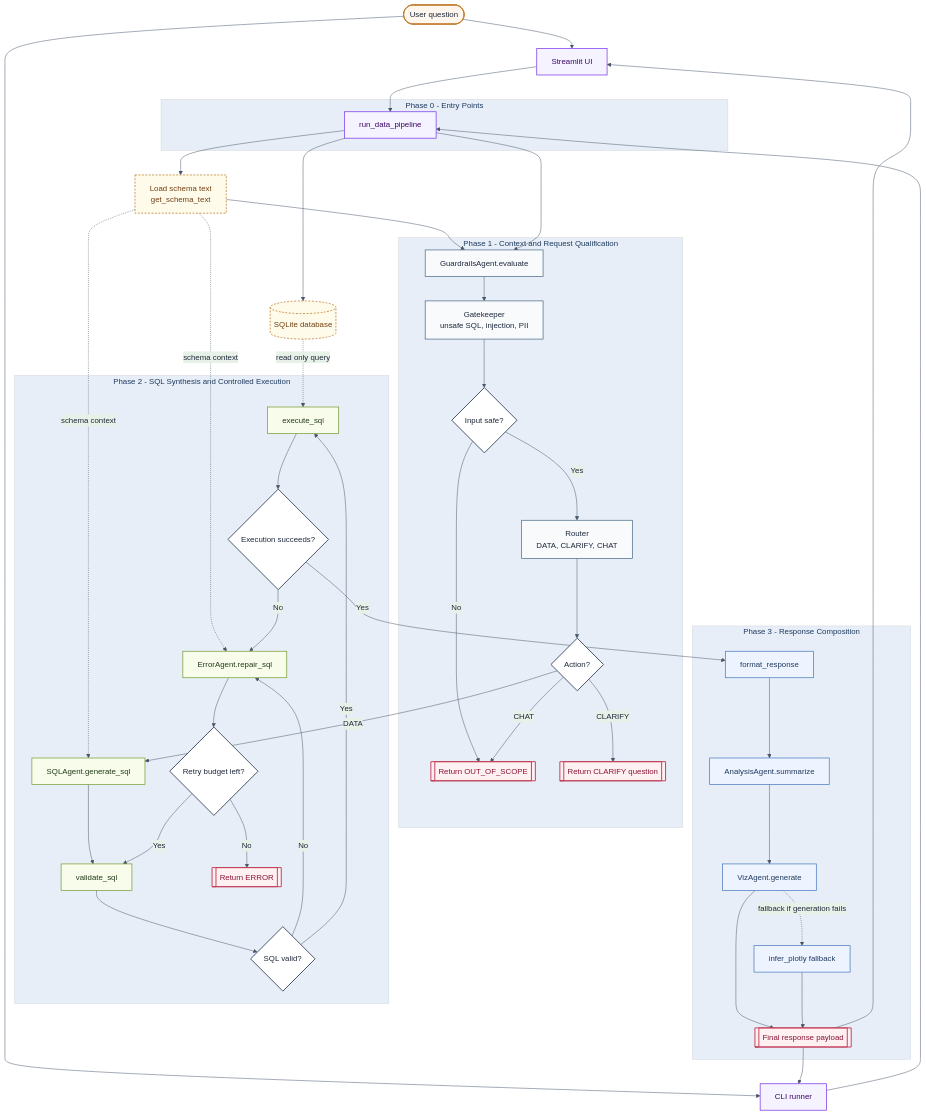
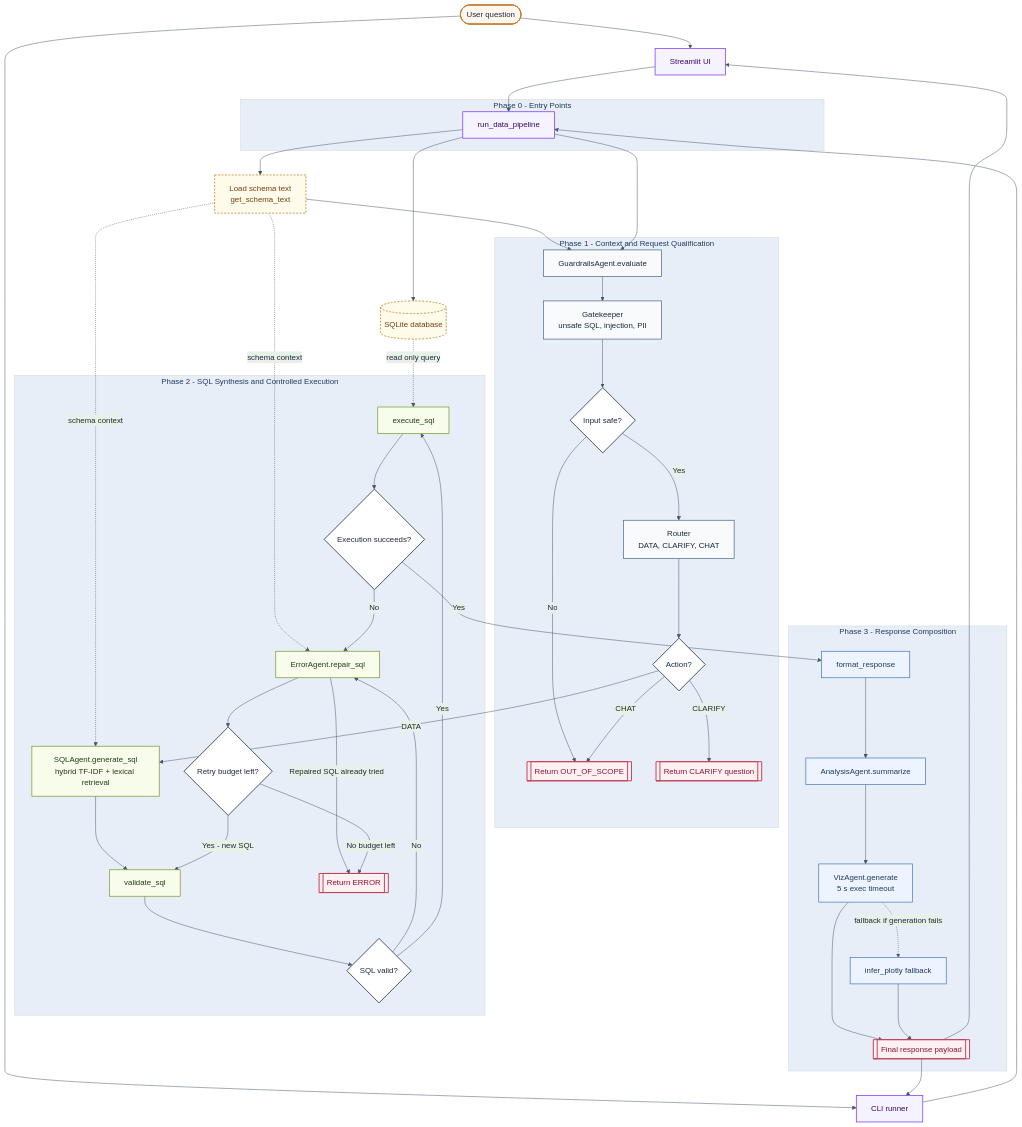
Before and after one commit to rotiv2809/Projet_Statapp: the diagram in docs/diagrams/runtime_flow.mmd, drawn with Mermaid. The commit also changed 16 other files, not shown here.

Commit message:
feat: update guardrails, sql retrieval, pipeline, viz agent, and docs

```diff
--- a/docs/diagrams/runtime_flow.mmd
+++ b/docs/diagrams/runtime_flow.mmd
@@ -1,103 +1,107 @@
 %%{init: {
   'theme': 'base',
   'themeVariables': {
     'fontFamily': 'Trebuchet MS, Verdana, sans-serif',
     'background': '#ffffff',
     'primaryColor': '#F4E7D3',
     'primaryTextColor': '#1E293B',
     'primaryBorderColor': '#C27A2C',
     'lineColor': '#475569',
     'secondaryColor': '#E8F1E8',
     'secondaryTextColor': '#163020',
     'tertiaryColor': '#E7EEF7',
     'tertiaryTextColor': '#1F3A5F'
   }
 }}%%
 
 flowchart TD
     U([User question])
     ST[Streamlit UI]
     CLI[CLI runner]
     DB[(SQLite database)]
     SCHEMA[Load schema text<br/>get_schema_text]
 
     subgraph P0[Phase 0 - Entry Points]
         IN[run_data_pipeline]
     end
 
     subgraph P1[Phase 1 - Context and Request Qualification]
         G[GuardrailsAgent.evaluate]
         GK[Gatekeeper<br/>unsafe SQL, injection, PII]
         DSAFE{Input safe?}
         R[Router<br/>DATA, CLARIFY, CHAT]
         DINTENT{Action?}
         OOS[[Return OUT_OF_SCOPE]]
         CLARIFY[[Return CLARIFY question]]
     end
 
     subgraph P2[Phase 2 - SQL Synthesis and Controlled Execution]
-        SQL[SQLAgent.generate_sql]
+        SQL[SQLAgent.generate_sql
+hybrid TF-IDF + lexical retrieval]
         VAL[validate_sql]
         DVAL{SQL valid?}
         EXEC[execute_sql]
         DEXEC{Execution succeeds?}
         FIX[ErrorAgent.repair_sql]
         DRETRY{Retry budget left?}
         ERR[[Return ERROR]]
     end
 
     subgraph P3[Phase 3 - Response Composition]
         FMT[format_response]
         ANA[AnalysisAgent.summarize]
-        VIZ[VizAgent.generate]
+        VIZ[VizAgent.generate
+5 s exec timeout]
         FB[infer_plotly fallback]
         OUT[[Final response payload]]
     end
 
     U --> ST --> IN
     U --> CLI --> IN
     IN --> DB
     IN --> SCHEMA --> G
     IN --> G
 
     G --> GK --> DSAFE
     DSAFE -->|No| OOS
     DSAFE -->|Yes| R --> DINTENT
 
     DINTENT -->|CHAT| OOS
     DINTENT -->|CLARIFY| CLARIFY
     DINTENT -->|DATA| SQL
 
     SCHEMA -. schema context .-> SQL
     SCHEMA -. schema context .-> FIX
     DB -. read only query .-> EXEC
 
     SQL --> VAL --> DVAL
     DVAL -->|No| FIX --> DRETRY
     DVAL -->|Yes| EXEC --> DEXEC
     DEXEC -->|No| FIX
     DEXEC -->|Yes| FMT --> ANA --> VIZ --> OUT
 
-    DRETRY -->|Yes| VAL
-    DRETRY -->|No| ERR
+    FIX -->|Repaired SQL already tried| ERR
+
+    DRETRY -->|Yes - new SQL| VAL
+    DRETRY -->|No budget left| ERR
     VIZ -. fallback if generation fails .-> FB --> OUT
     OUT --> ST
     OUT --> CLI
 
     classDef entry fill:#FFF7ED,stroke:#C27A2C,color:#1E293B,stroke-width:2px;
     classDef qualify fill:#F8FAFC,stroke:#4F6F8A,color:#1E293B,stroke-width:1.5px;
     classDef execute fill:#F7FCEB,stroke:#7A9E3A,color:#243B18,stroke-width:1.5px;
     classDef compose fill:#EEF4FF,stroke:#4C7CBF,color:#1F3A5F,stroke-width:1.5px;
     classDef outcome fill:#FFF1F2,stroke:#C2415D,color:#881337,stroke-width:2px;
     classDef decision fill:#FFFFFF,stroke:#475569,color:#1E293B,stroke-width:2px;
     classDef data fill:#FFFBEB,stroke:#B7791F,color:#713F12,stroke-width:1.5px,stroke-dasharray: 4 3;
     classDef runtime fill:#F5F3FF,stroke:#7C3AED,color:#3B0764,stroke-width:1.5px;
 
     class U entry;
     class ST,CLI,IN runtime;
     class DB,SCHEMA data;
     class G,GK,R qualify;
     class SQL,VAL,EXEC,FIX execute;
     class FMT,ANA,VIZ,FB compose;
     class OOS,CLARIFY,ERR,OUT outcome;
     class DSAFE,DINTENT,DVAL,DEXEC,DRETRY decision;
```
